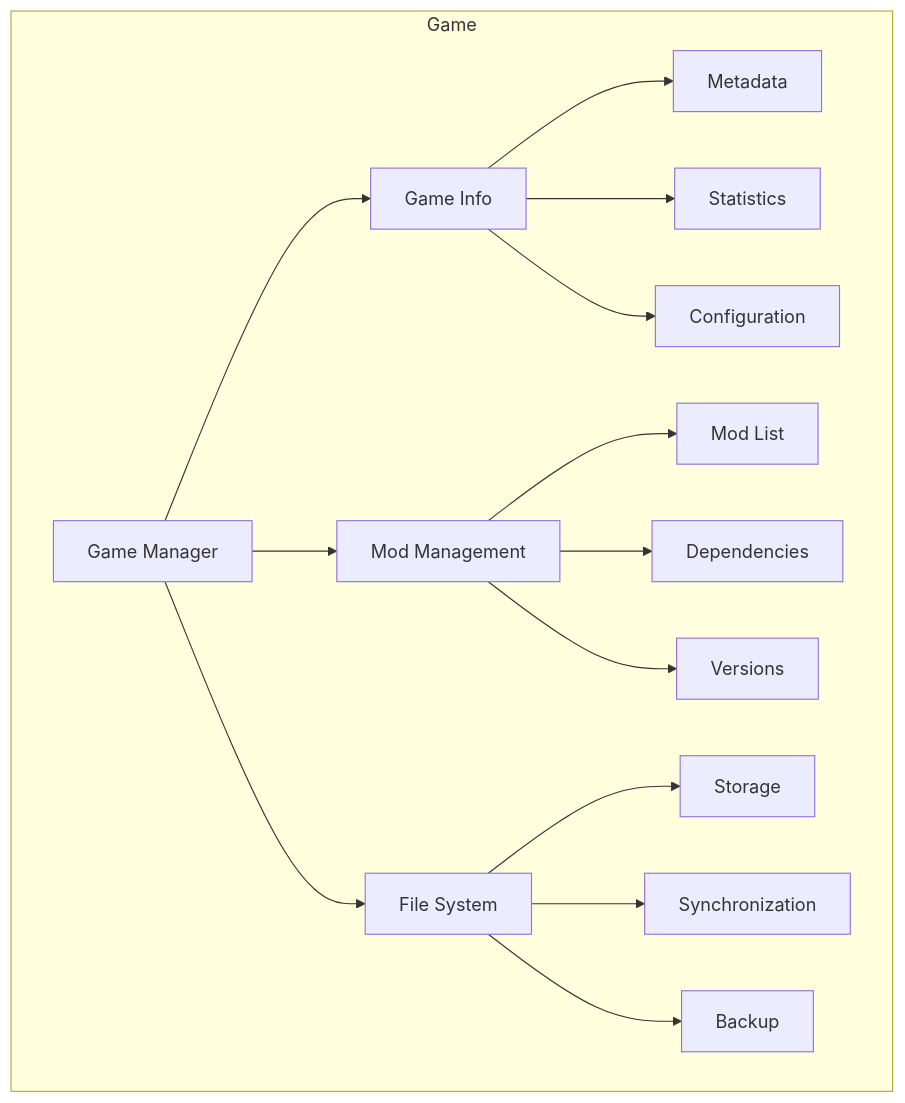
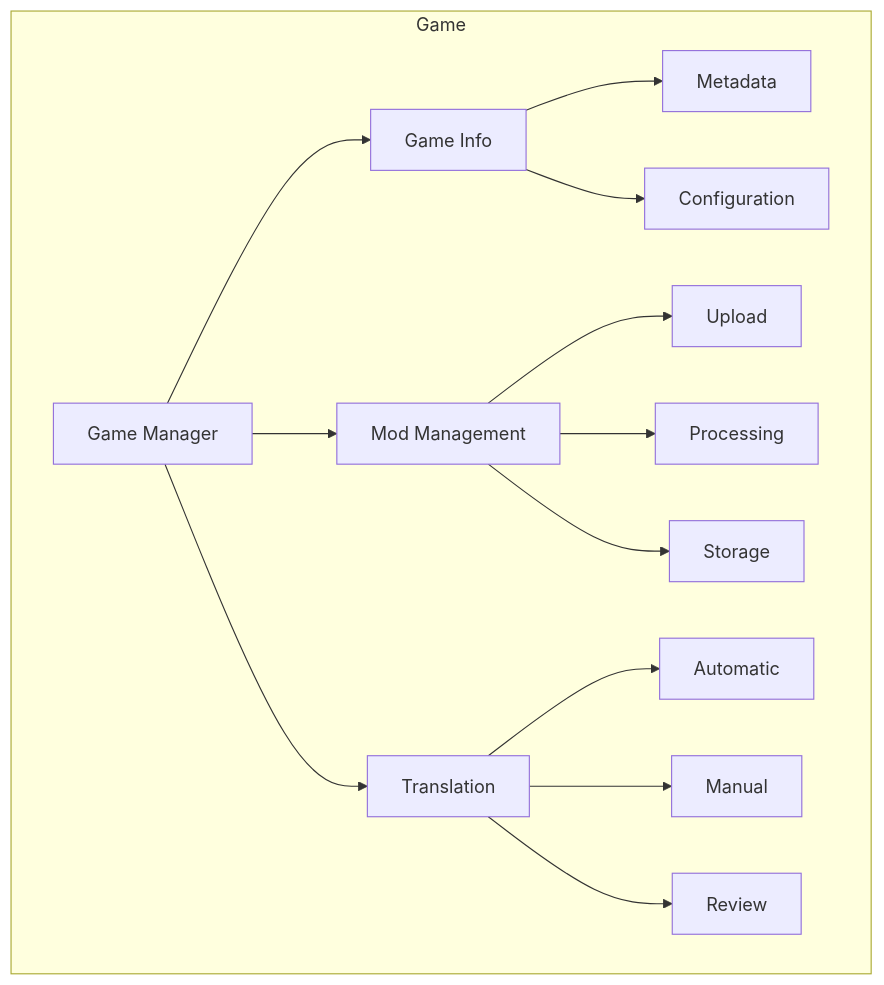
Before and after one commit to Lukianos76/project_babel: the fifth of 5 diagrams in docs/architecture/component-architecture.md, drawn with Mermaid. The commit also changed other lines of this file and 7 other files, not shown here.

````diff
--- a/docs/architecture/component-architecture.md
+++ b/docs/architecture/component-architecture.md
@@ -246,20 +248,19 @@
 ```mermaid
 graph TD
     subgraph Game
         GM[Game Manager] --> Info[Game Info]
         GM --> Mods[Mod Management]
-        GM --> Files[File System]
+        GM --> Trans[Translation]
         
         Info --> Meta[Metadata]
-        Info --> Stats[Statistics]
         Info --> Config[Configuration]
         
-        Mods --> List[Mod List]
-        Mods --> Dep[Dependencies]
-        Mods --> Ver[Versions]
+        Mods --> Upload[Upload]
+        Mods --> Process[Processing]
+        Mods --> Store[Storage]
         
-        Files --> Store[Storage]
-        Files --> Sync[Synchronization]
-        Files --> Backup[Backup]
+        Trans --> Auto[Automatic]
+        Trans --> Manual[Manual]
+        Trans --> Review[Review]
     end
 ```
````
